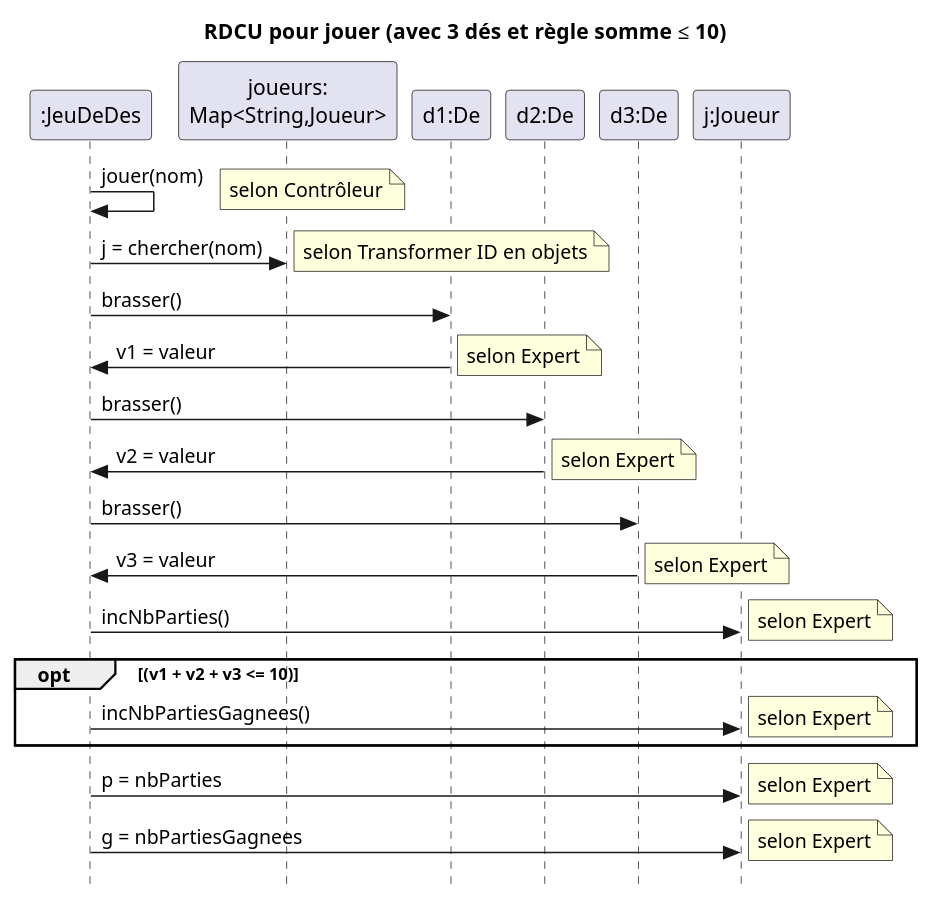
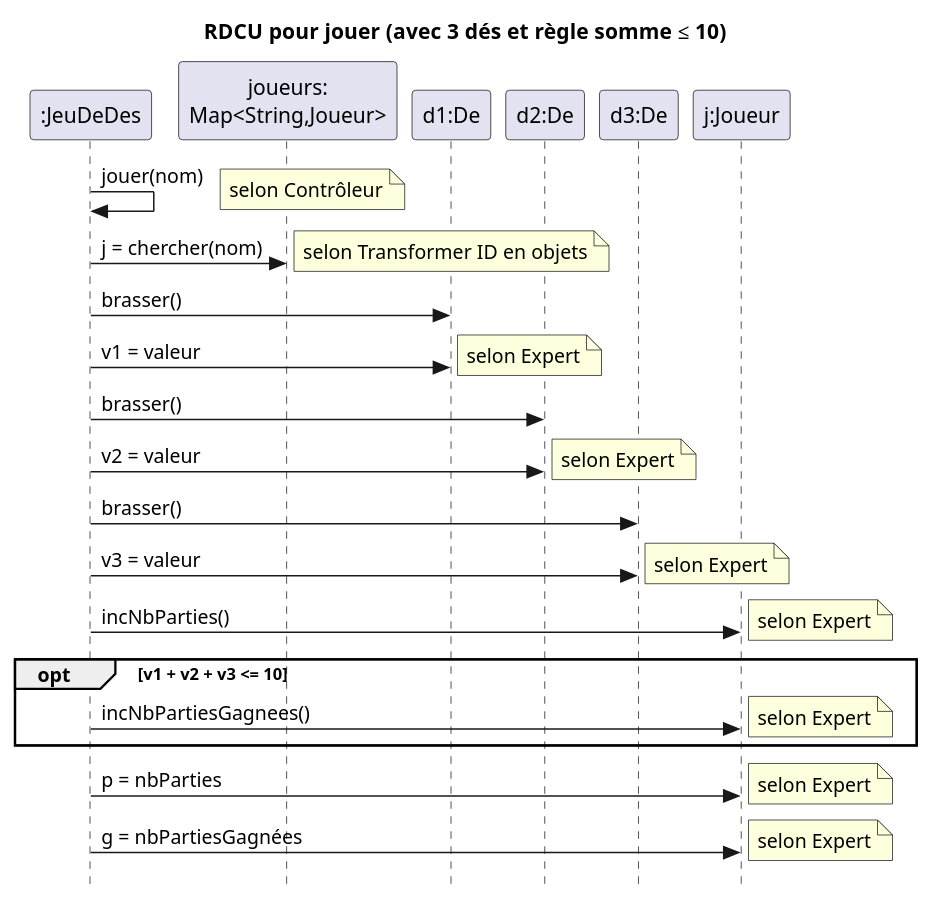
One commit to cc-probitaille/laboratoire-0-Fxbordj changed the diagram in docs/modeles/rdcu-jouer.puml. Above: the diagram before and after it, drawn with PlantUML. The commit also changed 8 other files, not shown here.

```diff
--- a/docs/modeles/rdcu-jouer.puml
+++ b/docs/modeles/rdcu-jouer.puml
@@ -1,43 +1,43 @@
 @startuml
 skinparam style strictuml
 skinparam defaultFontName Verdana
 
 title RDCU pour jouer (avec 3 dés et règle somme ≤ 10)
 participant ":JeuDeDes" as c
 participant "joueurs:\nMap<String,Joueur>" as jm
 participant "d1:De" as d1
 participant "d2:De" as d2
 participant "d3:De" as d3
 participant "j:Joueur" as j
 
 c -> c : jouer(nom)
 note right : selon Contrôleur
 c -> jm : j = chercher(nom)
 note right : selon Transformer ID en objets
 
-c -> d1 : brasser()
-c <- d1 : v1 = valeur
+c->d1 : brasser()
+c->d1 : v1 = valeur
 note right : selon Expert
 
-c -> d2 : brasser()
-c <- d2 : v2 = valeur
+c->d2 : brasser()
+c->d2 : v2 = valeur
 note right : selon Expert
 
-c -> d3 : brasser()
-c <- d3 : v3 = valeur
+c->d3 : brasser()
+c->d3 : v3 = valeur
 note right : selon Expert
 
 c -> j : incNbParties()
 note right : selon Expert
 
-opt (v1 + v2 + v3 <= 10)
+opt v1 + v2 + v3 <= 10
   c -> j : incNbPartiesGagnees()
   note right : selon Expert
 end opt
 
 c -> j : p = nbParties
 note right : selon Expert
-c -> j : g = nbPartiesGagnees
+c -> j : g = nbPartiesGagnées
 note right : selon Expert
 
 @enduml
```
